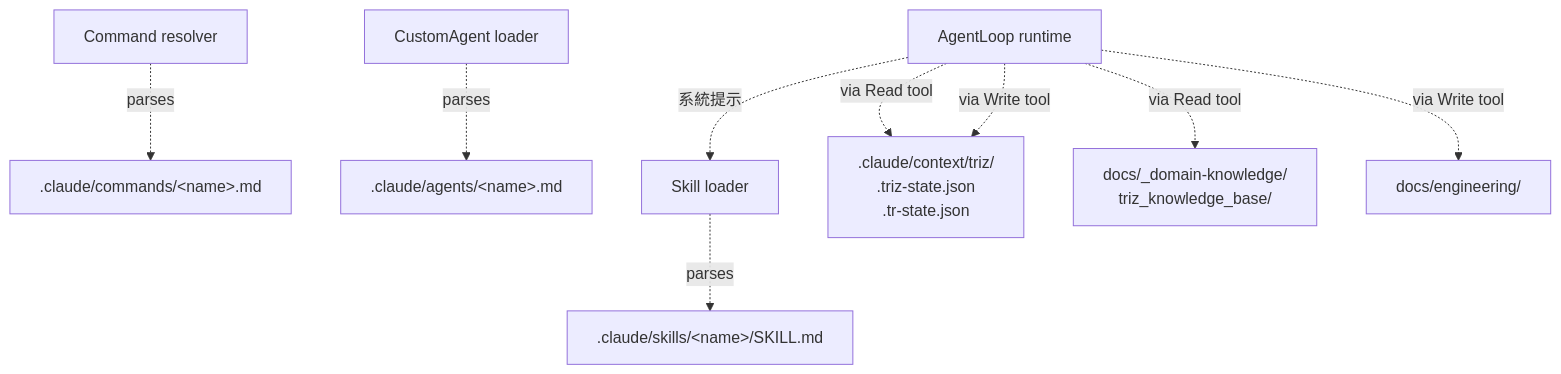
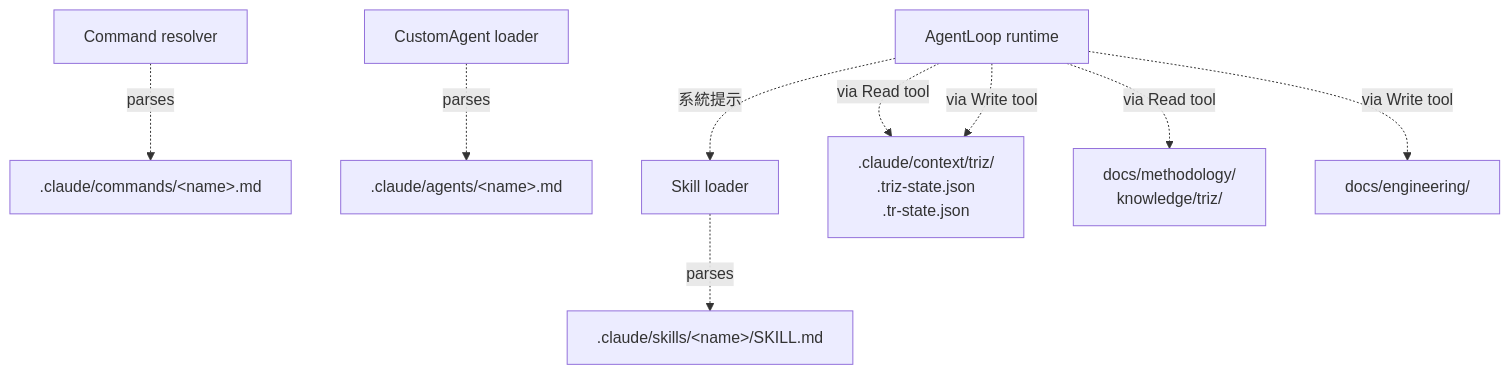
The second of 2 diagrams in docs/planning/09_file_dependencies.md (Zenobia0000/RD_copilot_system), drawn with Mermaid before and after one commit. The commit also changed other lines of this file and 163 other files, not shown here.

````diff
--- a/docs/planning/09_file_dependencies.md
+++ b/docs/planning/09_file_dependencies.md
@@ -88,25 +88,25 @@
 ```mermaid
 graph TD
     AgentLoop[AgentLoop runtime]
     Skill[Skill loader]
     Command[Command resolver]
     Agents[CustomAgent loader]
 
     SkillsFS[.claude/skills/&lt;name&gt;/SKILL.md]
     CommandsFS[.claude/commands/&lt;name&gt;.md]
     AgentsFS[.claude/agents/&lt;name&gt;.md]
     ContextFS[.claude/context/triz/<br/>.triz-state.json<br/>.tr-state.json]
     DocsEng[docs/engineering/]
-    DocsKB[docs/_domain-knowledge/<br/>triz_knowledge_base/]
+    DocsKB[docs/methodology/<br/>knowledge/triz/]
 
     Skill -.parses.-> SkillsFS
     Command -.parses.-> CommandsFS
     Agents -.parses.-> AgentsFS
 
     AgentLoop -.系統提示.-> Skill
 
     AgentLoop -.via Read tool.-> ContextFS
     AgentLoop -.via Write tool.-> ContextFS
     AgentLoop -.via Read tool.-> DocsKB
     AgentLoop -.via Write tool.-> DocsEng
 ```
````
